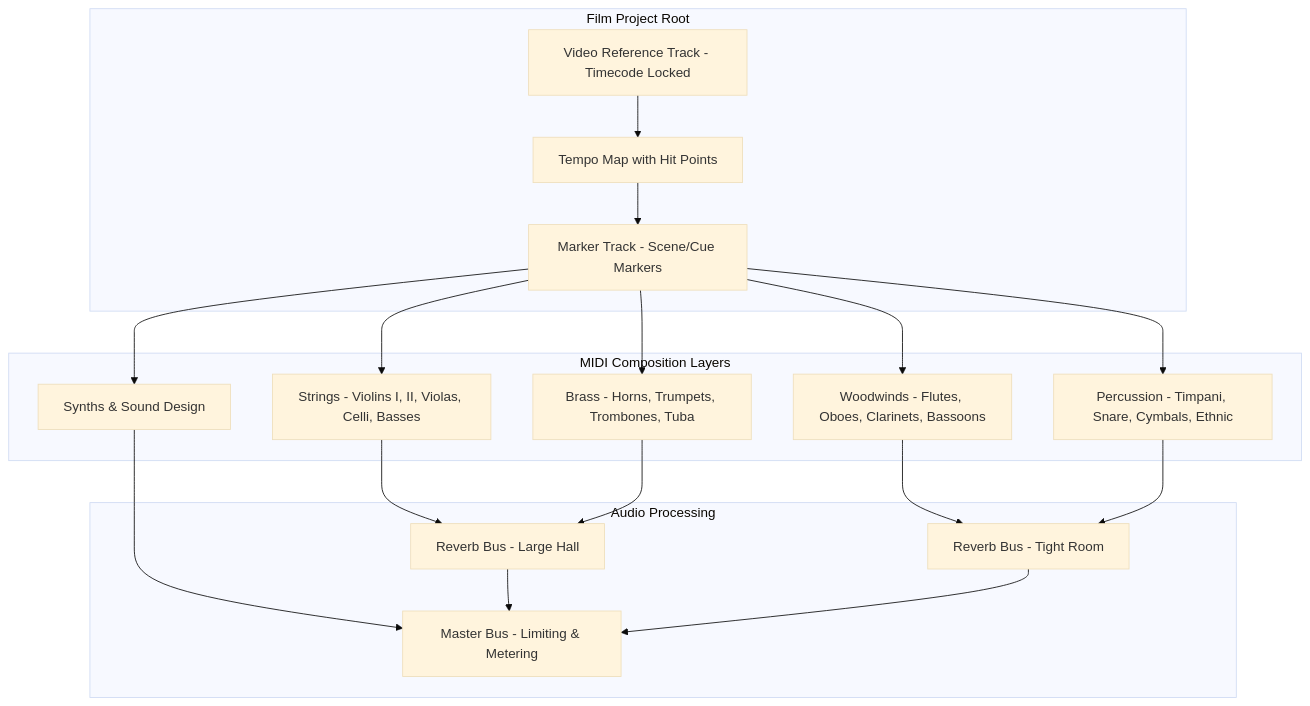
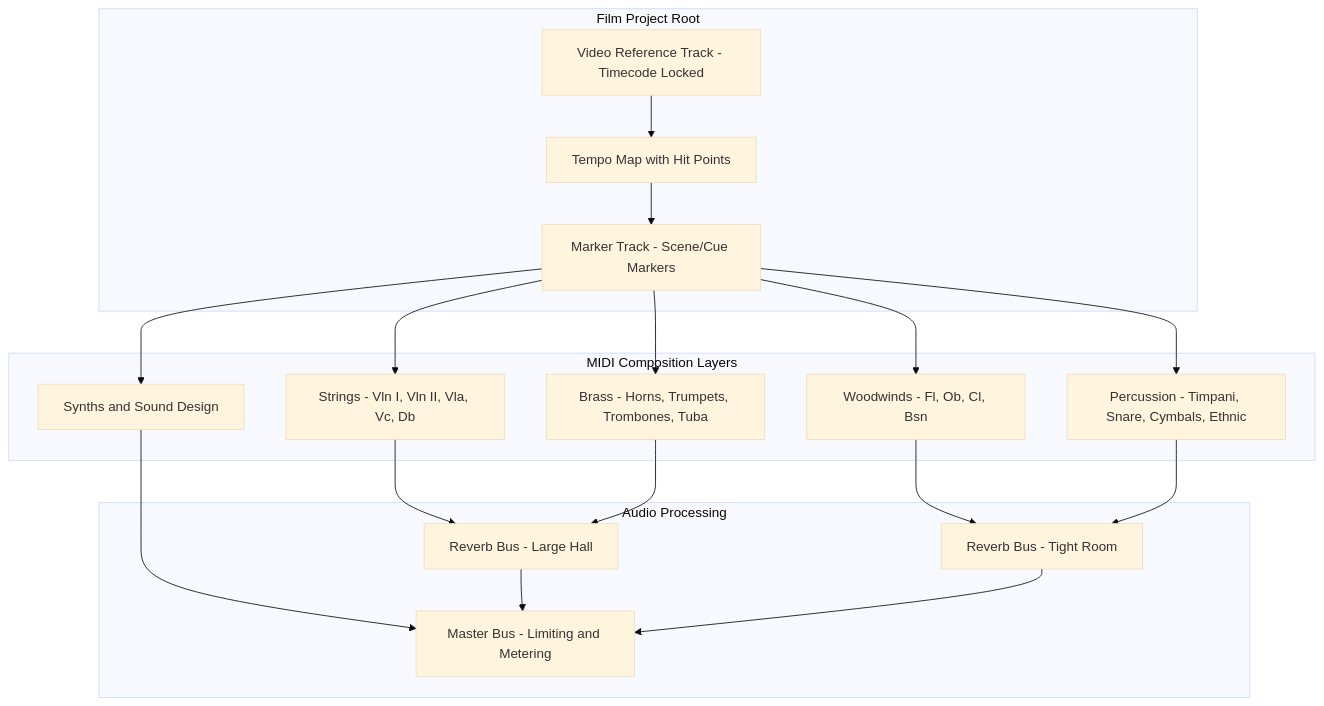
One commit to blebleblee/synapse changed the diagram in topics/arts/composition/film_scoring/lesson_03_software_tools_and_workflows.md. Above: the diagram before and after it, drawn with Mermaid (base theme). The commit also changed other lines of this file and 4 other files, not shown here.

````diff
--- a/topics/arts/composition/film_scoring/lesson_03_software_tools_and_workflows.md
+++ b/topics/arts/composition/film_scoring/lesson_03_software_tools_and_workflows.md
@@ -45,37 +37,37 @@
 ```mermaid
 graph TD
     subgraph sub_project ["Film Project Root"]
-        A[Video Reference Track - Timecode Locked]
-        B[Tempo Map with Hit Points]
+        A["Video Reference Track - Timecode Locked"]
+        B["Tempo Map with Hit Points"]
         C["Marker Track - Scene/Cue Markers"]
     end
-    
+
     subgraph sub_midi ["MIDI Composition Layers"]
-        D[Strings - Violins I, II, Violas, Celli, Basses]
-        E[Brass - Horns, Trumpets, Trombones, Tuba]
-        F[Woodwinds - Flutes, Oboes, Clarinets, Bassoons]
-        G[Percussion - Timpani, Snare, Cymbals, Ethnic]
-        H["Synths & Sound Design"]
+        D["Strings - Vln I, Vln II, Vla, Vc, Db"]
+        E["Brass - Horns, Trumpets, Trombones, Tuba"]
+        F["Woodwinds - Fl, Ob, Cl, Bsn"]
+        G["Percussion - Timpani, Snare, Cymbals, Ethnic"]
+        H["Synths and Sound Design"]
     end
-    
+
     subgraph sub_audio ["Audio Processing"]
-        I[Reverb Bus - Large Hall]
-        J[Reverb Bus - Tight Room]
-        K["Master Bus - Limiting & Metering"]
+        I["Reverb Bus - Large Hall"]
+        J["Reverb Bus - Tight Room"]
+        K["Master Bus - Limiting and Metering"]
     end
-    
+
     A --> B
     B --> C
     C --> D
     C --> E
     C --> F
     C --> G
     C --> H
     D --> I
     E --> I
     F --> J
     G --> J
     H --> K
     I --> K
     J --> K
 ```
````
